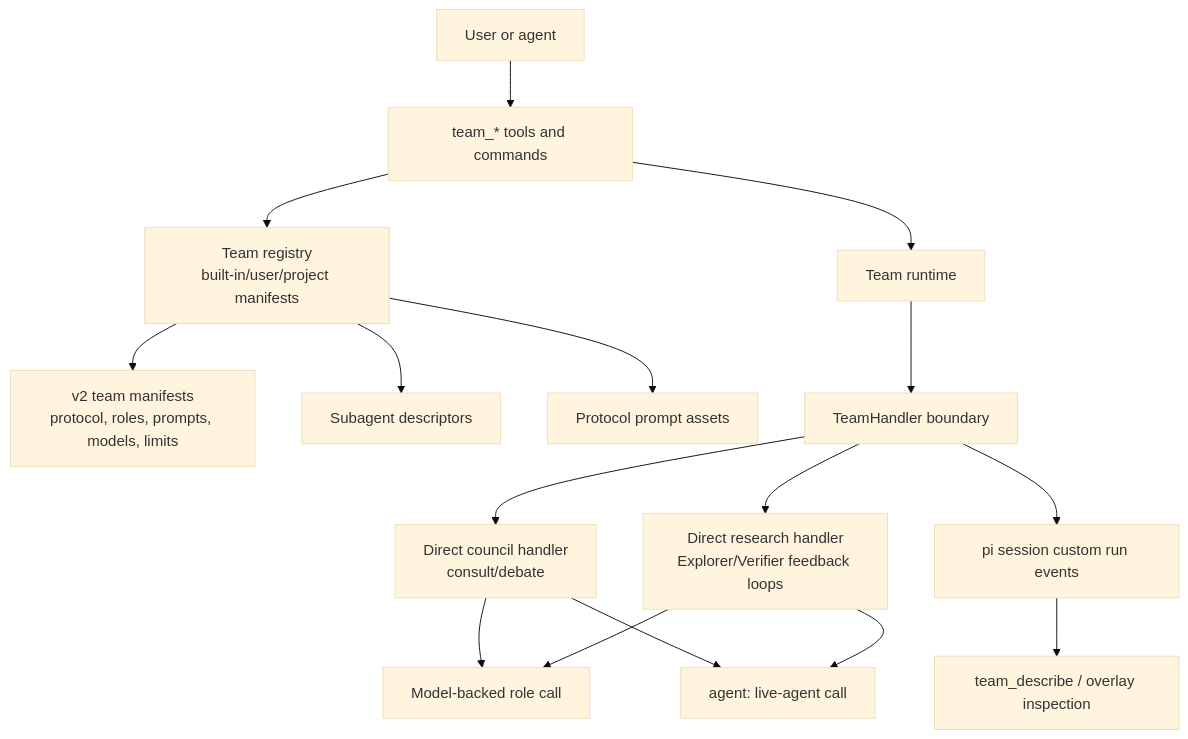
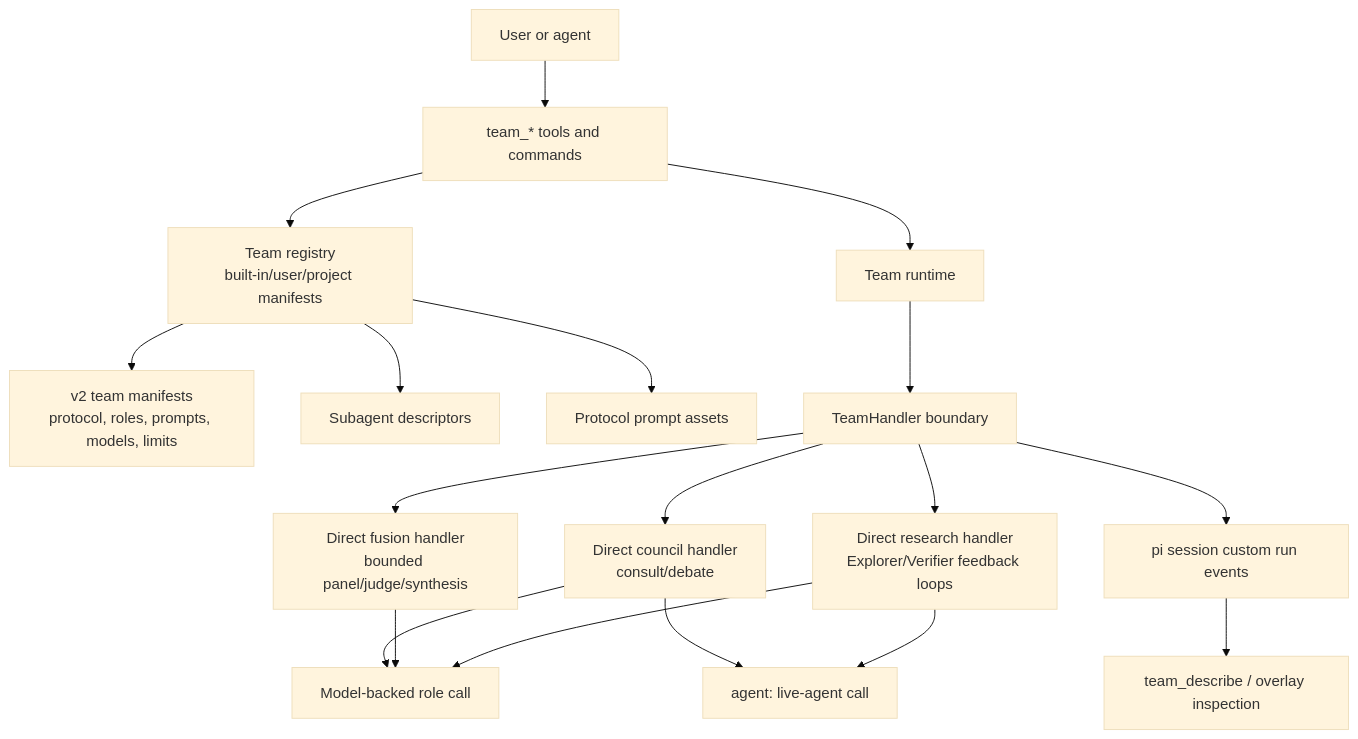
Before and after one commit to tS7hKamAYL84j91/pi-tools-and-skills: the diagram in docs/deep-dives/teams-platform.md, drawn with Mermaid (base theme). The commit also changed other lines of this file and 14 other files, not shown here.

````diff
--- a/docs/deep-dives/teams-platform.md
+++ b/docs/deep-dives/teams-platform.md
@@ -7,22 +7,24 @@
 ```mermaid
 flowchart TD
   User[User or agent] --> Tools[team_* tools and commands]
   Tools --> Registry[Team registry\nbuilt-in/user/project manifests]
   Tools --> Runtime[Team runtime]
 
   Registry --> Manifests[v2 team manifests\nprotocol, roles, prompts, models, limits]
   Registry --> Subagents[Subagent descriptors]
   Registry --> Prompts[Protocol prompt assets]
 
   Runtime --> Handler[TeamHandler boundary]
   Handler --> Council[Direct council handler\nconsult/debate]
+  Handler --> Fusion[Direct fusion handler\nbounded panel/judge/synthesis]
   Handler --> Research[Direct research handler\nExplorer/Verifier feedback loops]
 
   Council --> ModelNode[Model-backed role call]
+  Fusion --> ModelNode
   Research --> ModelNode
   Council --> LiveNode[agent:<name> live-agent call]
   Research --> LiveNode
   Handler --> State[pi session custom run events]
 
   State --> Inspect[team_describe / overlay inspection]
 ```
````
